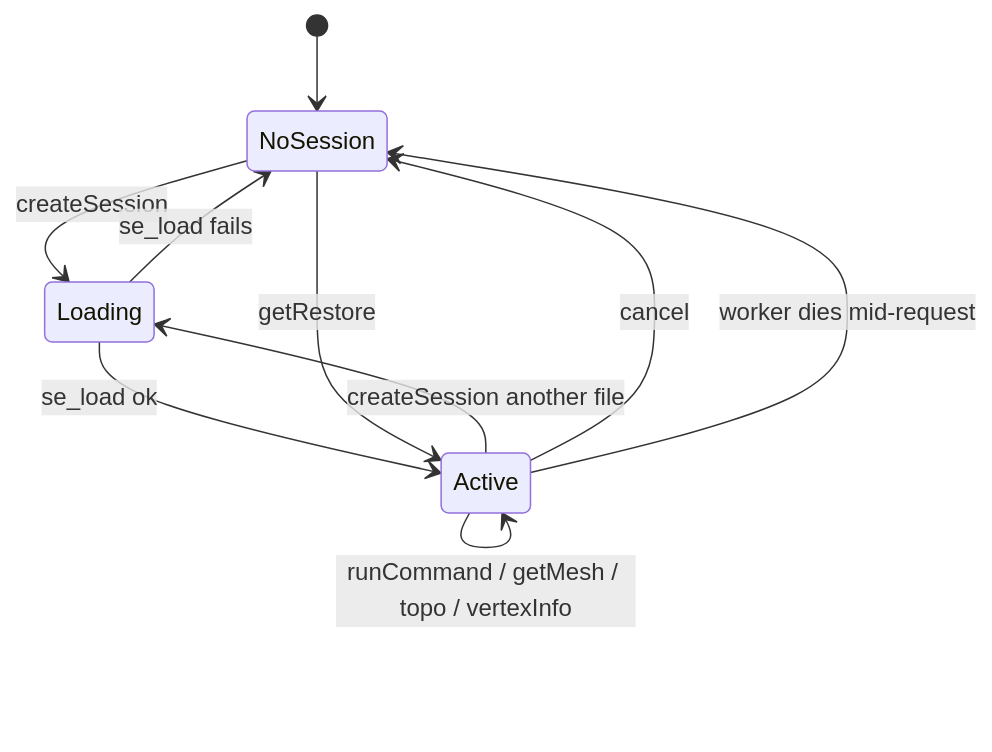
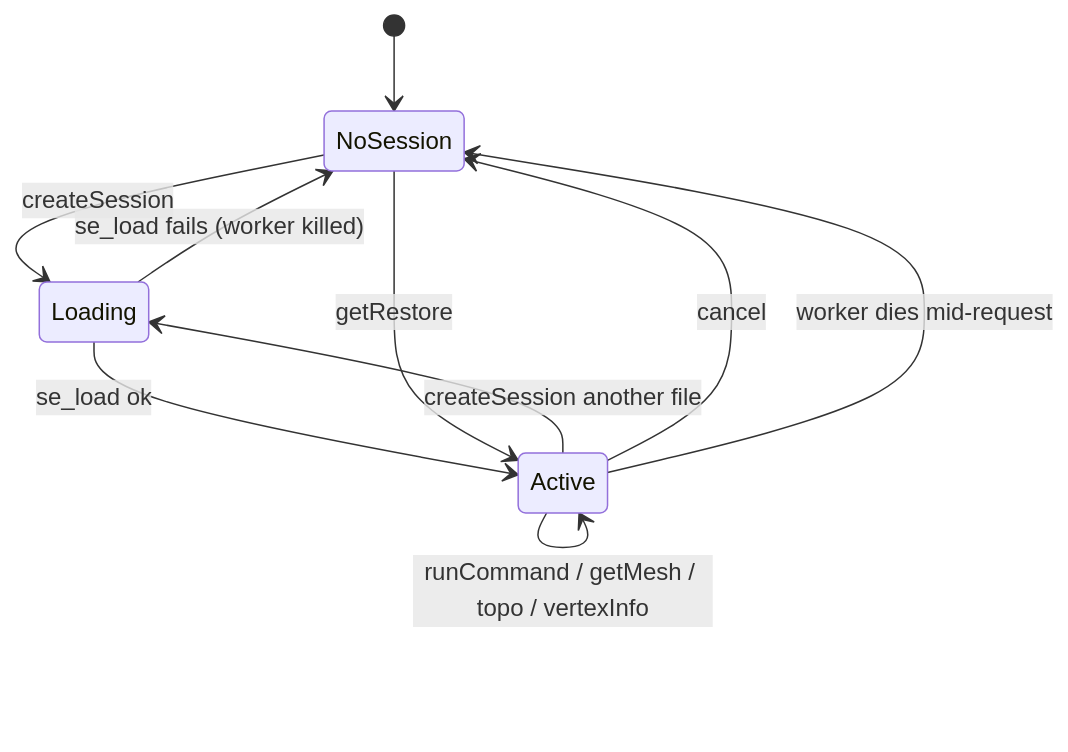
The third of 6 diagrams in ARCHITECTURE.md (sersergious/surface-evolver), drawn with Mermaid before and after one commit. The commit also changed other lines of this file and 15 other files, not shown here.

First line of the commit message:
docs: bring README, AGENTS, ARCHITECTURE and comments in line with the code; rewrite CHANGELOG as stages

````diff
--- a/ARCHITECTURE.md
+++ b/ARCHITECTURE.md
@@ -175,12 +176,12 @@
 ```mermaid
 stateDiagram-v2
     [*] --> NoSession
     NoSession --> Loading: createSession
     Loading --> Active: se_load ok
-    Loading --> NoSession: se_load fails
+    Loading --> NoSession: se_load fails (worker killed)
     Active --> Loading: createSession another file
     Active --> Active: runCommand / getMesh / topo / vertexInfo
     Active --> NoSession: cancel
     Active --> NoSession: worker dies mid-request
     NoSession --> Active: getRestore
 ```
````
